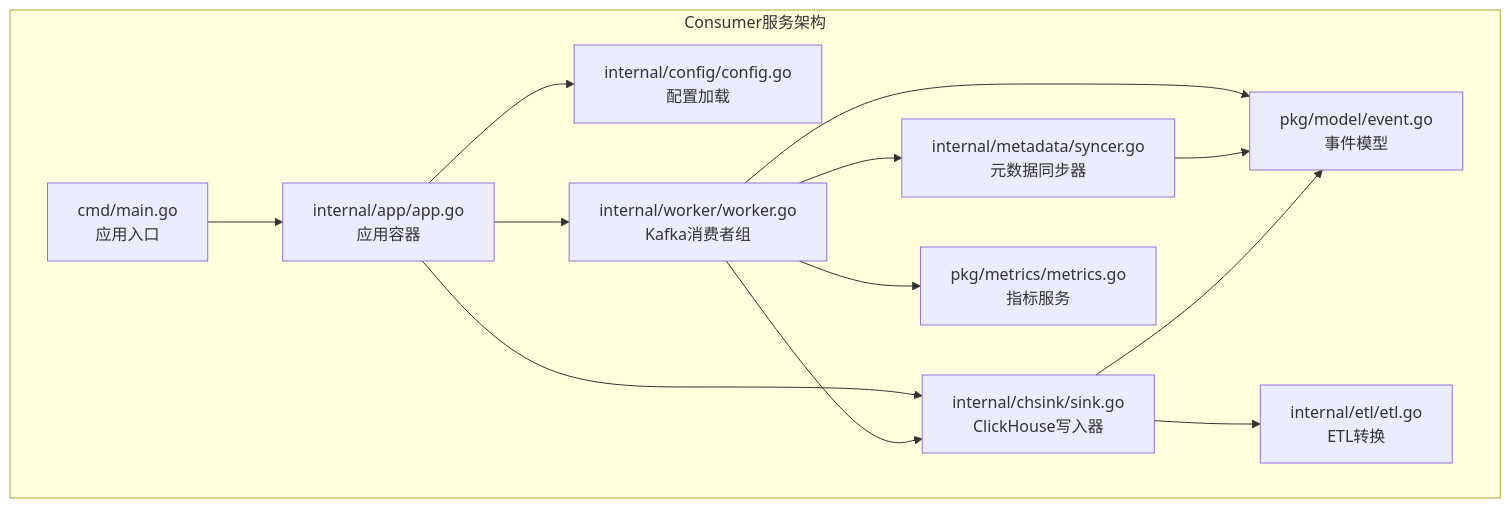
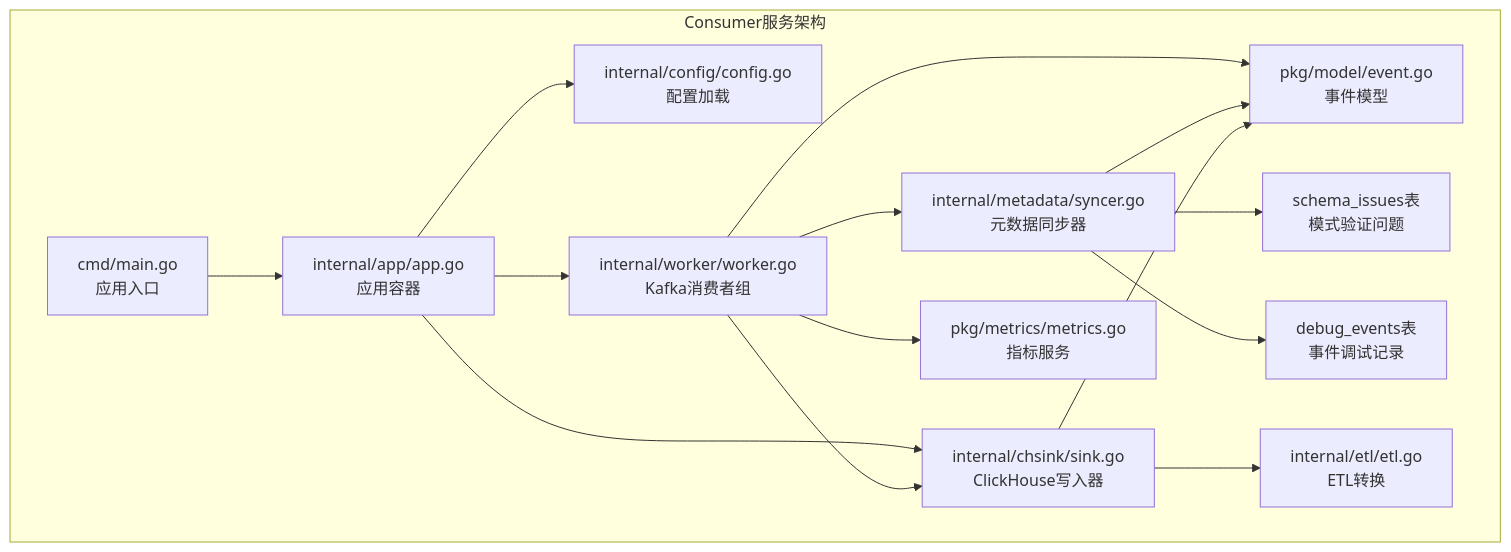
The first of 10 diagrams in .qoder/repowiki/zh/content/后端服务架构/Consumer服务.md (zhen-zhong/AeroLog), drawn with Mermaid before and after one commit. The commit also changed other lines of this file and 130 other files, not shown here.

````diff
--- a/.qoder/repowiki/zh/content/后端服务架构/Consumer服务.md
+++ b/.qoder/repowiki/zh/content/后端服务架构/Consumer服务.md
@@ -60,25 +62,29 @@
 ```mermaid
 graph TB
 subgraph "Consumer服务架构"
 CMD["cmd/main.go<br/>应用入口"]
 APP["internal/app/app.go<br/>应用容器"]
 CFG["internal/config/config.go<br/>配置加载"]
 WRK["internal/worker/worker.go<br/>Kafka消费者组"]
 META["internal/metadata/syncer.go<br/>元数据同步器"]
 ETL["internal/etl/etl.go<br/>ETL转换"]
 SINK["internal/chsink/sink.go<br/>ClickHouse写入器"]
 MODEL["pkg/model/event.go<br/>事件模型"]
 METRICS["pkg/metrics/metrics.go<br/>指标服务"]
+SCHEMA["schema_issues表<br/>模式验证问题"]
+DEBUG["debug_events表<br/>事件调试记录"]
 end
 CMD --> APP
 APP --> CFG
 APP --> SINK
 APP --> WRK
 WRK --> META
 WRK --> SINK
 WRK --> MODEL
 WRK --> METRICS
 META --> MODEL
+META --> SCHEMA
+META --> DEBUG
 SINK --> ETL
 SINK --> MODEL
 ```
````
